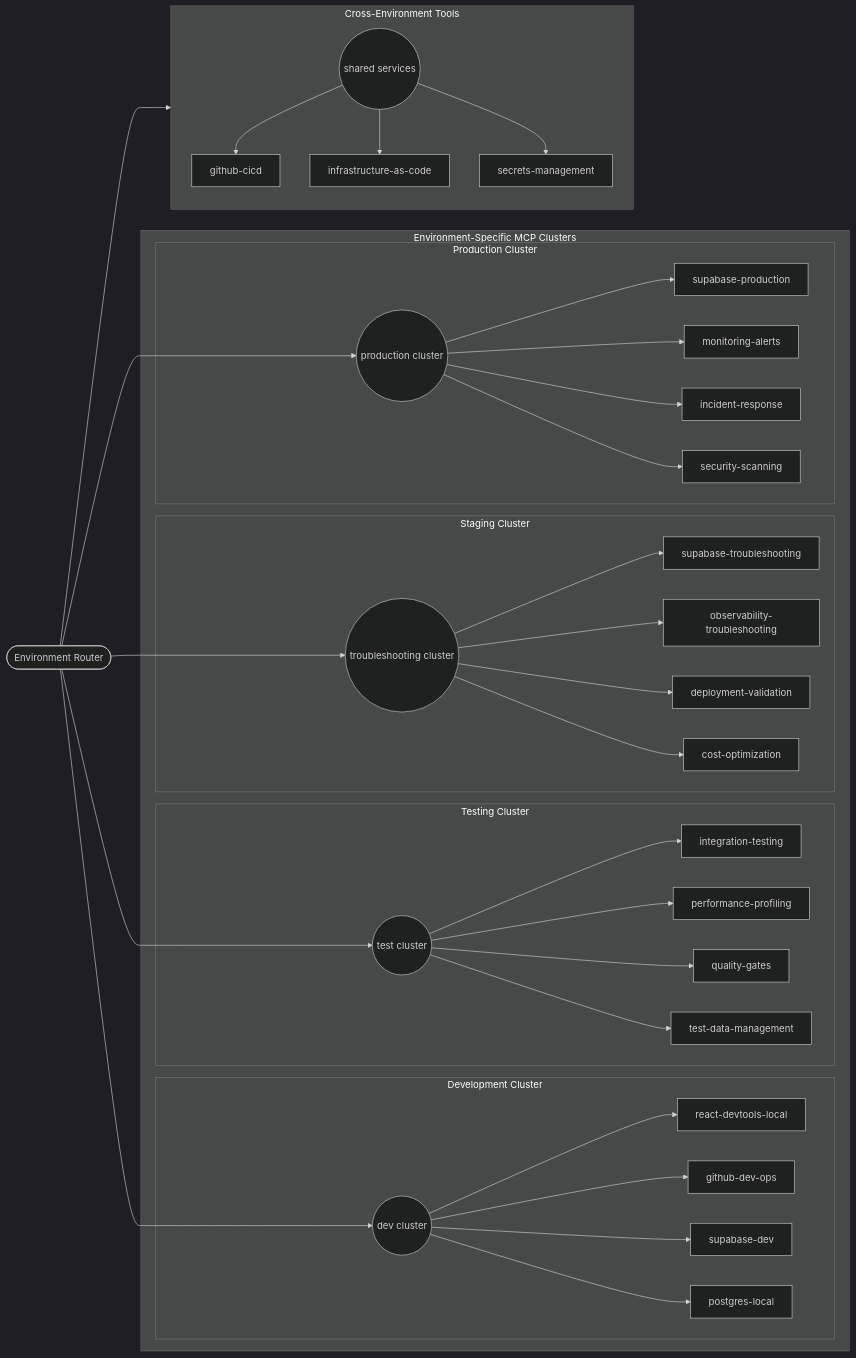
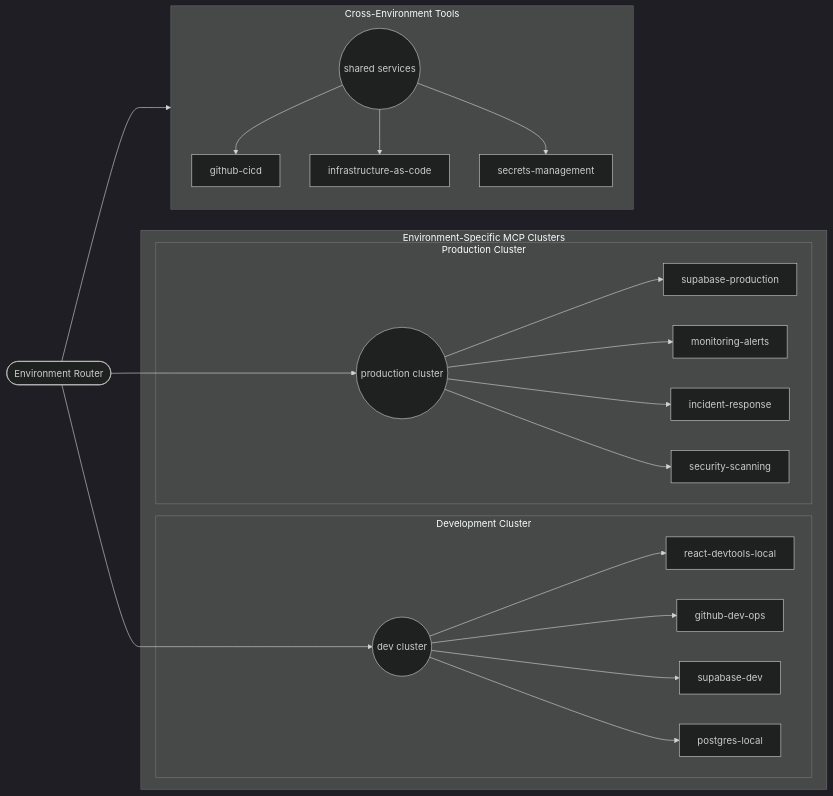
Before and after one commit to Alextorelli/ProspectPro: the diagram in docs/tooling/end-state/environment-mcp-cluster.mmd, drawn with Mermaid. The commit also changed 2 other files, not shown here.

Commit message:
chore: update generation timestamp in CODEBASE_INDEX.md; refactor system architecture and environment MCP cluster diagrams; add C4 container diagram

```diff
--- a/docs/tooling/end-state/environment-mcp-cluster.mmd
+++ b/docs/tooling/end-state/environment-mcp-cluster.mmd
@@ -1,51 +1,34 @@
 %%{init: {'theme': 'dark'}}%%
 flowchart LR
     ENV_ROUTER@{shape: stadium, label: "Environment Router"}
 
     subgraph env_clusters ["Environment-Specific MCP Clusters"]
         subgraph dev_cluster ["Development Cluster"]
             DEV_ENTRY((dev cluster))
             DEV_ENTRY --> D1[react-devtools-local]
             DEV_ENTRY --> D2[github-dev-ops]
             DEV_ENTRY --> D3[supabase-dev]
             DEV_ENTRY --> D4[postgres-local]
         end
 
-        subgraph test_cluster ["Testing Cluster"]
-            TEST_ENTRY((test cluster))
-            TEST_ENTRY --> T1[integration-testing]
-            TEST_ENTRY --> T2[performance-profiling]
-            TEST_ENTRY --> T3[quality-gates]
-            TEST_ENTRY --> T4[test-data-management]
-        end
-
-        subgraph stage_cluster ["Staging Cluster"]
-            STAGE_ENTRY((troubleshooting cluster))
-            STAGE_ENTRY --> S1[supabase-troubleshooting]
-            STAGE_ENTRY --> S2[observability-troubleshooting]
-            STAGE_ENTRY --> S3[deployment-validation]
-            STAGE_ENTRY --> S4[cost-optimization]
-        end
-
+     
         subgraph prod_cluster ["Production Cluster"]
             PROD_ENTRY((production cluster))
             PROD_ENTRY --> P1[supabase-production]
             PROD_ENTRY --> P2[monitoring-alerts]
             PROD_ENTRY --> P3[incident-response]
             PROD_ENTRY --> P4[security-scanning]
         end
     end
 
     subgraph cross_tools ["Cross-Environment Tools"]
         direction TB
         CROSS_ENTRY((shared services))
         CROSS_ENTRY --> X1[github-cicd]
         CROSS_ENTRY --> X2[infrastructure-as-code]
         CROSS_ENTRY --> X3[secrets-management]
     end
 
     ENV_ROUTER --> DEV_ENTRY
-    ENV_ROUTER --> TEST_ENTRY
-    ENV_ROUTER --> STAGE_ENTRY
     ENV_ROUTER --> PROD_ENTRY
     ENV_ROUTER --> CROSS_ENTRY
```
